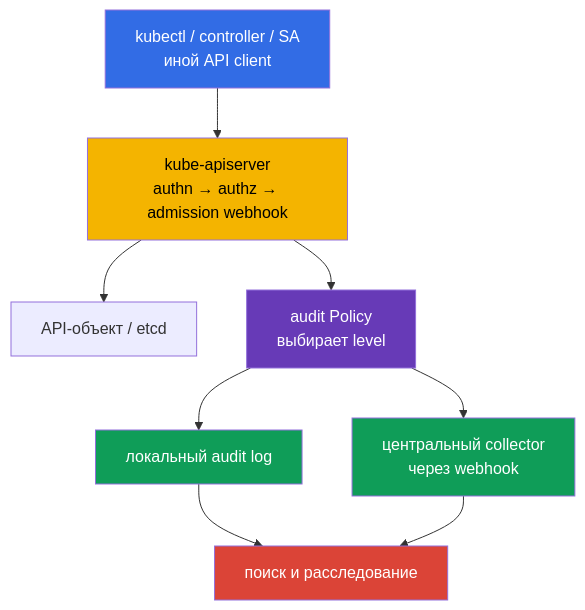
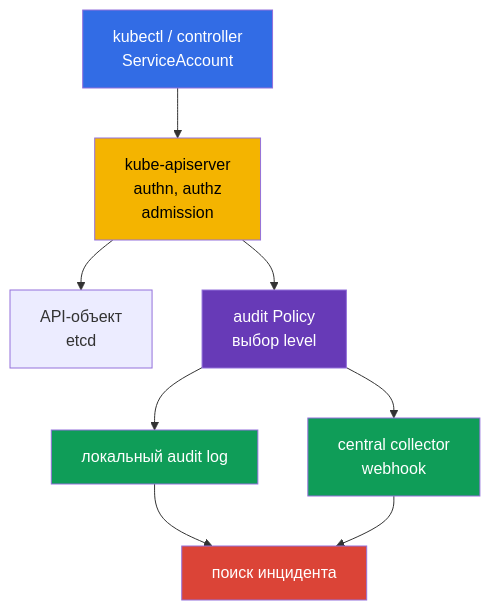
Before and after one commit to ViktorUJ/cks: the first of 4 diagrams in tasks/cks/course/32/ru.md, drawn with Mermaid. The commit also changed other lines of this file and 15 other files, not shown here.

````diff
--- a/tasks/cks/course/32/ru.md
+++ b/tasks/cks/course/32/ru.md
@@ -35,16 +35,16 @@
 ```mermaid
 flowchart TB
-    client["kubectl / controller / SA<br/>иной API client"] --> api["kube-apiserver<br/>authn → authz → admission webhook"]
-    api --> etcd["API-объект / etcd"]
-    api --> policy["audit Policy<br/>выбирает level"]
+    client["kubectl / controller<br/>ServiceAccount"] --> api["kube-apiserver<br/>authn, authz<br/>admission"]
+    api --> etcd["API-объект<br/>etcd"]
+    api --> policy["audit Policy<br/>выбор level"]
     policy --> local["локальный audit log"]
-    policy --> webhook["центральный collector<br/>через webhook"]
-    local --> investigation["поиск и расследование"]
+    policy --> webhook["central collector<br/>webhook"]
+    local --> investigation["поиск инцидента"]
     webhook --> investigation
     style client fill:#326ce5,color:#fff
     style api fill:#f4b400,color:#000
     style policy fill:#673ab7,color:#fff
     style local fill:#0f9d58,color:#fff
     style webhook fill:#0f9d58,color:#fff
     style investigation fill:#db4437,color:#fff
 ```
````
